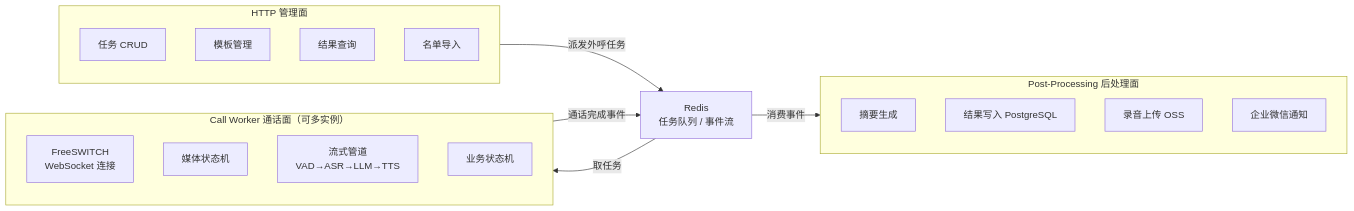
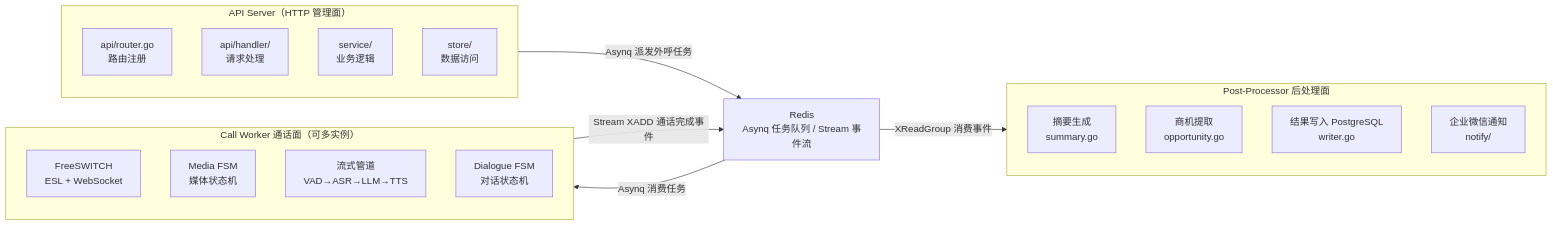
Before and after one commit to omeyang/Clarion: the diagram in design/diagrams/02-02-process-architecture.mmd, drawn with Mermaid. The commit also changed 25 other files, not shown here.

First line of the commit message:
修订设计文档与架构图，统一 guard 包文档注释

```diff
--- a/design/diagrams/02-02-process-architecture.mmd
+++ b/design/diagrams/02-02-process-architecture.mmd
@@ -1,28 +1,28 @@
 flowchart LR
-    subgraph MGMT["HTTP 管理面"]
-        A1["任务 CRUD"]
-        A2["模板管理"]
-        A3["结果查询"]
-        A4["名单导入"]
+    subgraph MGMT["API Server（HTTP 管理面）"]
+        A1["api/router.go<br/>路由注册"]
+        A2["api/handler/<br/>请求处理"]
+        A3["service/<br/>业务逻辑"]
+        A4["store/<br/>数据访问"]
     end
 
     subgraph RT["Call Worker 通话面（可多实例）"]
-        B1["FreeSWITCH<br/>WebSocket 连接"]
-        B2["媒体状态机"]
+        B1["FreeSWITCH<br/>ESL + WebSocket"]
+        B2["Media FSM<br/>媒体状态机"]
         B3["流式管道<br/>VAD→ASR→LLM→TTS"]
-        B4["业务状态机"]
+        B4["Dialogue FSM<br/>对话状态机"]
     end
 
-    subgraph POST["Post-Processing 后处理面"]
-        C1["摘要生成"]
-        C2["结果写入 PostgreSQL"]
-        C3["录音上传 OSS"]
-        C4["企业微信通知"]
+    subgraph POST["Post-Processor 后处理面"]
+        C1["摘要生成<br/>summary.go"]
+        C2["商机提取<br/>opportunity.go"]
+        C3["结果写入 PostgreSQL<br/>writer.go"]
+        C4["企业微信通知<br/>notify/"]
     end
 
-    Q["Redis<br/>任务队列 / 事件流"]
+    Q["Redis<br/>Asynq 任务队列 / Stream 事件流"]
 
-    MGMT -->|"派发外呼任务"| Q
-    Q -->|"取任务"| RT
-    RT -->|"通话完成事件"| Q
-    Q -->|"消费事件"| POST
+    MGMT -->|"Asynq 派发外呼任务"| Q
+    Q -->|"Asynq 消费任务"| RT
+    RT -->|"Stream XADD 通话完成事件"| Q
+    Q -->|"XReadGroup 消费事件"| POST
```
